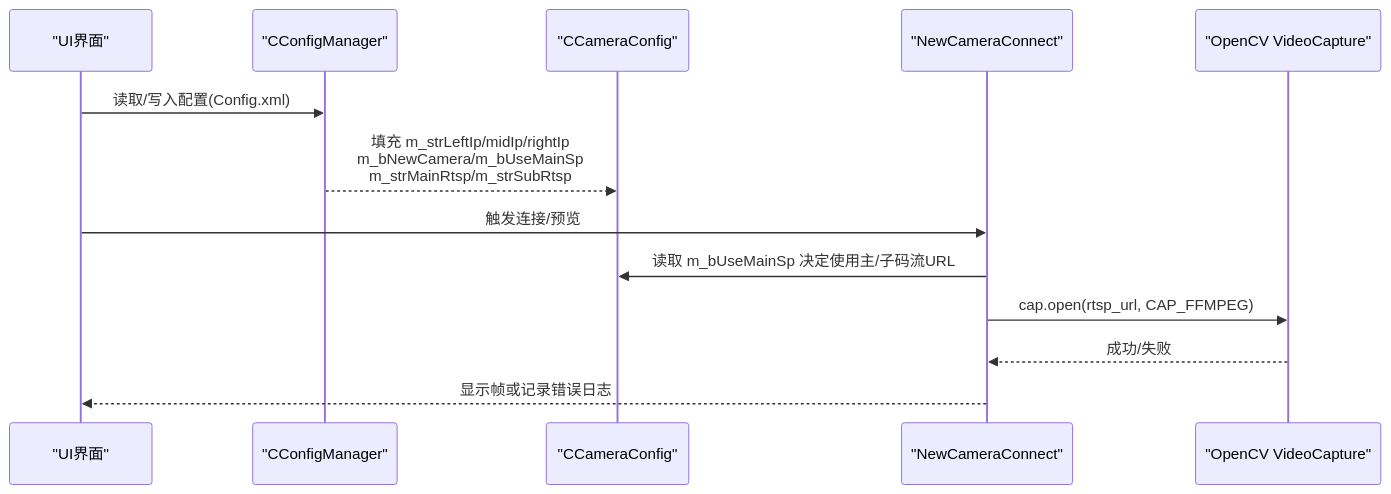
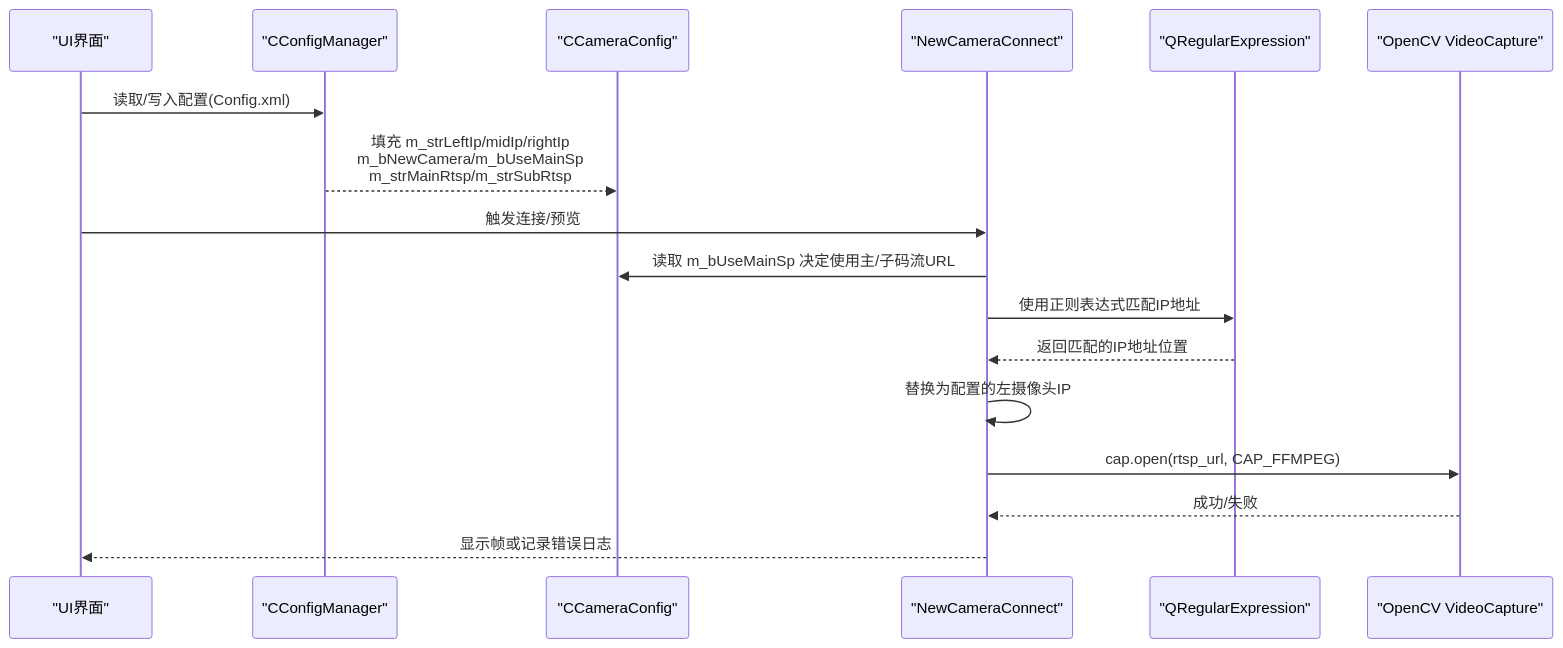
The second of 4 diagrams in .qoder/repowiki/zh/content/用户手册/系统设置配置/摄像头配置.md (yangreest/Zero-value-Insulator-Robot-V2), drawn with Mermaid before and after one commit. The commit also changed other lines of this file and 6 other files, not shown here.

````diff
--- a/.qoder/repowiki/zh/content/用户手册/系统设置配置/摄像头配置.md
+++ b/.qoder/repowiki/zh/content/用户手册/系统设置配置/摄像头配置.md
@@ -76,15 +85,19 @@
 ```mermaid
 sequenceDiagram
 participant UI as "UI界面"
 participant CFG as "CConfigManager"
 participant CAM as "CCameraConfig"
 participant RTSP as "NewCameraConnect"
+participant REGEX as "QRegularExpression"
 participant CV as "OpenCV VideoCapture"
 UI->>CFG : 读取/写入配置(Config.xml)
 CFG-->>CAM : 填充 m_strLeftIp/midIp/rightIp<br/>m_bNewCamera/m_bUseMainSp<br/>m_strMainRtsp/m_strSubRtsp
 UI->>RTSP : 触发连接/预览
 RTSP->>CAM : 读取 m_bUseMainSp 决定使用主/子码流URL
+RTSP->>REGEX : 使用正则表达式匹配IP地址
+REGEX-->>RTSP : 返回匹配的IP地址位置
+RTSP->>RTSP : 替换为配置的左摄像头IP
 RTSP->>CV : cap.open(rtsp_url, CAP_FFMPEG)
 CV-->>RTSP : 成功/失败
 RTSP-->>UI : 显示帧或记录错误日志
 ```
````
